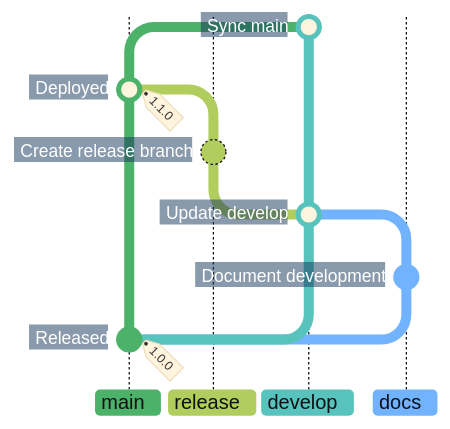
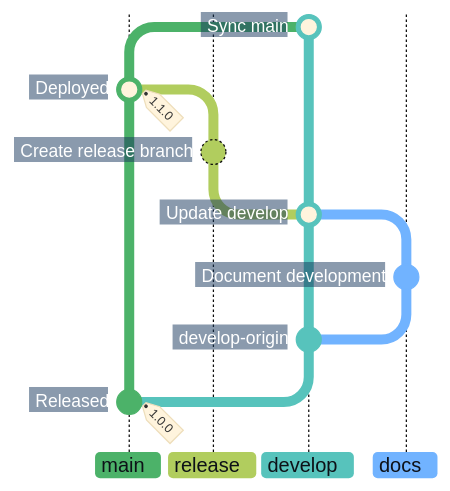
Before and after one commit to superhero/operations.superduper.solutions: the fifth of 7 diagrams in docs/adr/cicd.md, drawn with Mermaid.

Commit message:
docs: show documentation branching from the develop lane
Add an invisible develop anchor so Mermaid draws the documentation fork from develop instead of their shared main commit. Keep the initial develop marker hidden.

````diff
--- a/docs/adr/cicd.md
+++ b/docs/adr/cicd.md
@@ -179,23 +179,25 @@
 ```mermaid
-%%{init: {"theme": "base", "themeCSS": "line.branch { stroke: #8B949E; stroke-width: 1px; stroke-dasharray: 1 4; stroke-linecap: round; } .branchLabel, .tag-label { font-weight: 700; } .tag-label-bkg, .commit-label-bkg { opacity: 0.9; } .tag-label-bkg { fill: #B8E6C4; stroke: #8ED3A2; } .branchLabelBkg { opacity: 1; clip-path: inset(0 8px 0 0 round 4px) fill-box; } .commit-labels g:last-of-type { visibility: hidden; } .commit-labels g { transform-box: fill-box; transform-origin: calc(100% + 17px) calc(50% + 2px); transform: rotate(-10deg); } .commit-label { font-weight: 700; transform: translateX(-8px); } .commit-label-bkg { stroke: #17365D; stroke-width: 20px; transform: translateX(-5px); clip-path: polygon(-4px -4px, calc(100% + 4px) -4px, calc(100% + 10px) 50%, calc(100% + 4px) calc(100% + 4px), -4px calc(100% + 4px)) fill-box; } .commit.branch { stroke: #B1CD5E; stroke-dasharray: none; }", "gitGraph": {"showCommitLabel": true, "rotateCommitLabel": false}, "themeVariables": {
+%%{init: {"theme": "base", "themeCSS": "line.branch { stroke: #8B949E; stroke-width: 1px; stroke-dasharray: 1 4; stroke-linecap: round; } .branchLabel, .tag-label { font-weight: 700; } .tag-label-bkg, .commit-label-bkg { opacity: 0.9; } .tag-label-bkg { fill: #B8E6C4; stroke: #8ED3A2; } .branchLabelBkg { opacity: 1; clip-path: inset(0 8px 0 0 round 4px) fill-box; } .commit-labels g:nth-last-of-type(-n+2), .commit.develop-origin { visibility: hidden; } .commit-labels g { transform-box: fill-box; transform-origin: calc(100% + 17px) calc(50% + 2px); transform: rotate(-10deg); } .commit-label { font-weight: 700; transform: translateX(-8px); } .commit-label-bkg { stroke: #17365D; stroke-width: 20px; transform: translateX(-5px); clip-path: polygon(-4px -4px, calc(100% + 4px) -4px, calc(100% + 10px) 50%, calc(100% + 4px) calc(100% + 4px), -4px calc(100% + 4px)) fill-box; } .commit.branch { stroke: #B1CD5E; stroke-dasharray: none; }", "gitGraph": {"showCommitLabel": true, "rotateCommitLabel": false}, "themeVariables": {
     "commitLabelFontSize": "14px", "commitLabelColor": "#FFFFFF", "commitLabelBackground": "#17365D",
     "git0": "#4CB269", "gitBranchLabel0": "#0D1117",
     "git1": "#B1CD5E", "gitBranchLabel1": "#0D1117",
     "git2": "#57C3BC", "gitBranchLabel2": "#0D1117",
     "git3": "#71B3FF", "gitBranchLabel3": "#0D1117"
 }}}%%
 gitGraph BT:
-    %% Hide the initial note while retaining its commit connection and tag.
+    %% Hide the initial notes and develop anchor, retaining the branch connections and tag.
     commit id: "Released" tag: "1.0.0"
     branch develop order: 2
+    %% An invisible anchor makes the docs fork originate on the develop lane.
+    commit id: "develop-origin"
     branch docs order: 3
     commit id: "Document development"
     checkout develop
     merge docs id: "Update develop"
     branch release order: 1
     commit id: "Create release branch"
     checkout main
     merge release id: "Deployed" tag: "1.1.0"
     checkout develop
     merge main id: "Sync main"
 ```
````
